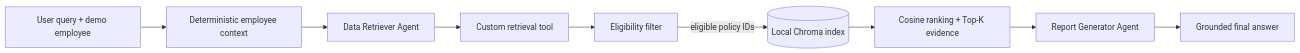
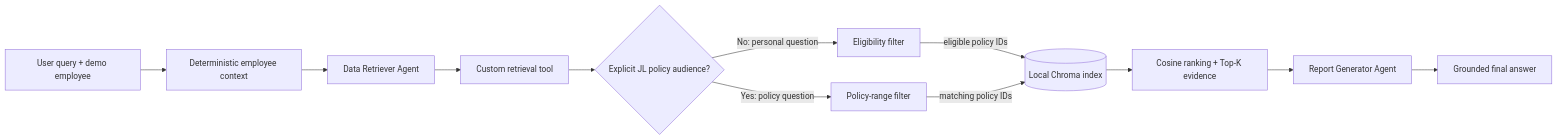
The diagram in README.md (Patipat-Panyasukum/bbl-agentic-rag-PatipatPa), drawn with Mermaid before and after one commit. The commit also changed other lines of this file and 77 other files, not shown here.

````diff
--- a/README.md
+++ b/README.md
@@ -15,11 +16,14 @@
 ```mermaid
 flowchart LR
     U[User query + demo employee] --> C[Deterministic employee context]
     C --> A[Data Retriever Agent]
     A --> T[Custom retrieval tool]
-    T --> F[Eligibility filter]
+    T --> Q{Explicit JL policy audience?}
+    Q -->|No: personal question| F[Eligibility filter]
+    Q -->|Yes: policy question| P[Policy-range filter]
     F -->|eligible policy IDs| V[(Local Chroma index)]
+    P -->|matching policy IDs| V
     V --> S[Cosine ranking + Top-K evidence]
     S --> R[Report Generator Agent]
     R --> O[Grounded final answer]
 ```
````
